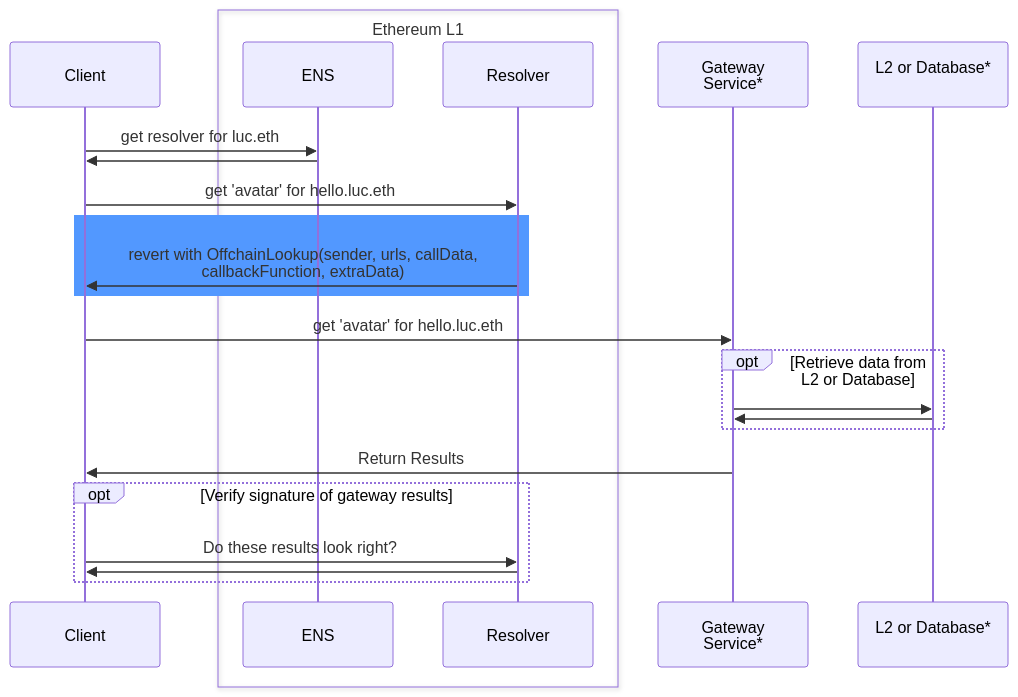
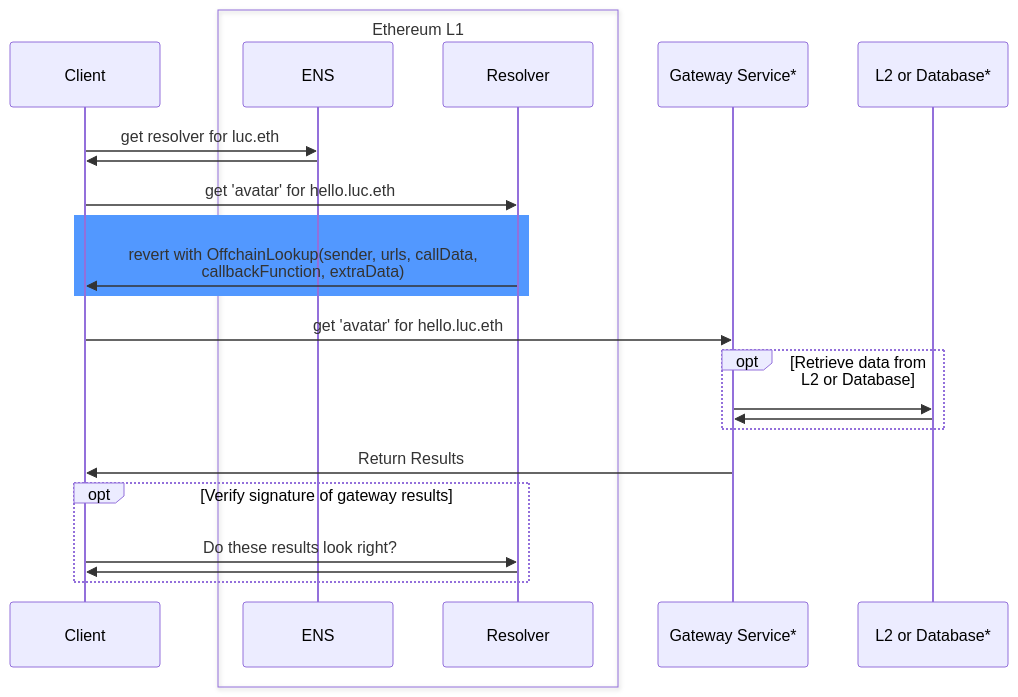
The diagram in content/resolvers/ccip.mdx (ensdomains/docs-v2), drawn with Mermaid before and after one commit. The commit also changed other lines of this file and 13 other files, not shown here.

Commit message:
Introduce Mermaid

````diff
--- a/content/resolvers/ccip.mdx
+++ b/content/resolvers/ccip.mdx
@@ -111,31 +112,31 @@
 ```mermaid
 sequenceDiagram
     participant Client
     box Ethereum L1
     participant ENS
     participant Resolver
     end
-    participant Gateway as Gateway<br />Service*
-    participant L2 as L2 or Database*<br />
+    participant Gateway as Gateway Service*
+    participant L2 as L2 or Database*
 
     Client->>ENS: get resolver for luc.eth
     ENS->>Client: 
     Client->>Resolver: get 'avatar' for hello.luc.eth 
     rect rgb(82, 152, 255)
     Resolver->>Client: revert with OffchainLookup(sender, urls, callData,<br />callbackFunction, extraData)
     end
 
     Client->>Gateway: get 'avatar' for hello.luc.eth
     
     opt Retrieve data from L2 or Database
         Gateway->>L2: 
         L2->>Gateway: 
     end
 
     Gateway->>Client: Return Results
 
     opt Verify signature of gateway results
         Client->>Resolver: Do these results look right?
         Resolver->>Client: 
     end
 ```
````
